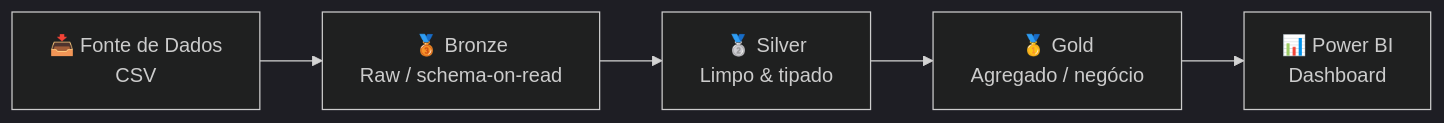
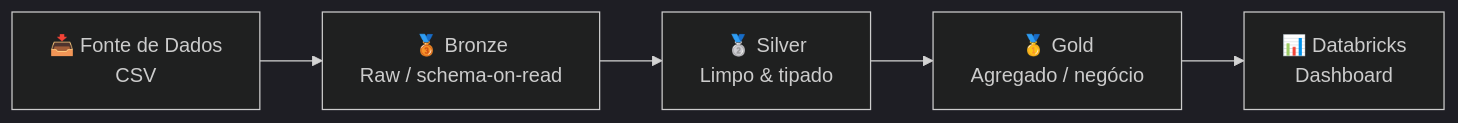
The diagram in README.md (Goldani7/lakehouse-project), drawn with Mermaid (dark theme) before and after one commit.

````diff
--- a/README.md
+++ b/README.md
@@ -46,7 +46,7 @@
 ```mermaid
 flowchart LR
     A["📥 Fonte de Dados<br/>CSV"] --> B["🥉 Bronze<br/>Raw / schema-on-read"]
     B --> C["🥈 Silver<br/>Limpo &amp; tipado"]
     C --> D["🥇 Gold<br/>Agregado / negócio"]
-    D --> E["📊 Power BI<br/>Dashboard"]
+    D --> E["📊 Databricks<br/>Dashboard"]
 ```
````
